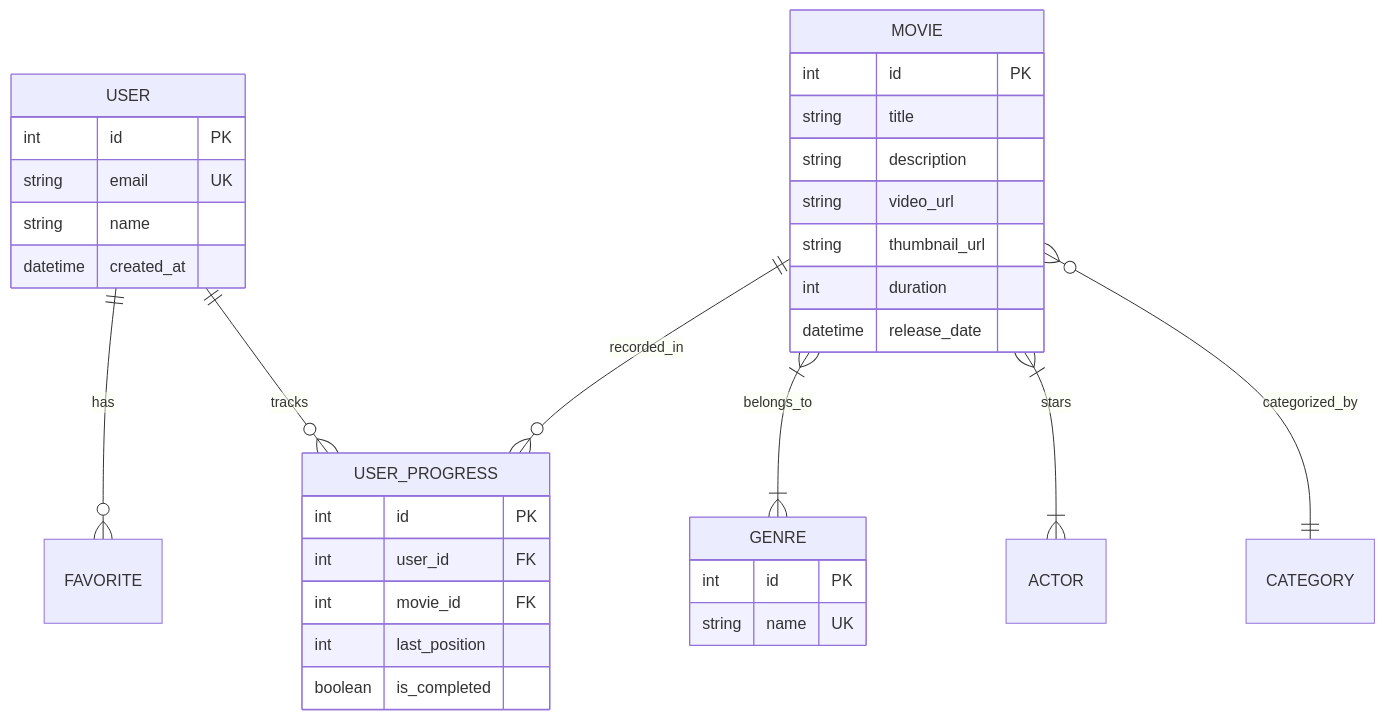
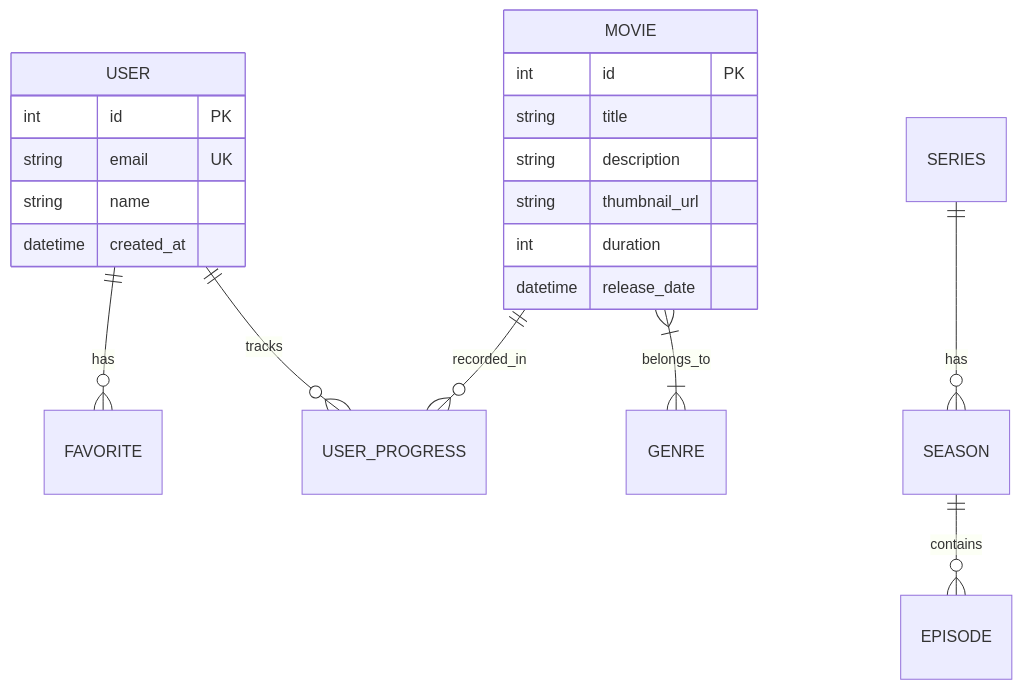
One commit to S-NOWNUM-B/web.cinema changed the diagram in docs/DATABASE.md. Above: the diagram before and after it, drawn with Mermaid. The commit also changed other lines of this file and 3 other files, not shown here.

````diff
--- a/docs/DATABASE.md
+++ b/docs/DATABASE.md
@@ -50,39 +53,25 @@
 ```mermaid
 erDiagram
     USER ||--o{ FAVORITE : has
     USER ||--o{ USER_PROGRESS : tracks
     MOVIE ||--o{ USER_PROGRESS : recorded_in
+    SERIES ||--o{ SEASON : has
+    SEASON ||--o{ EPISODE : contains
     MOVIE }|--|{ GENRE : belongs_to
-    MOVIE }|--|{ ACTOR : stars
-    MOVIE }o--|| CATEGORY : categorized_by
 
     USER {
         int id PK
         string email UK
         string name
         datetime created_at
     }
 
     MOVIE {
         int id PK
         string title
         string description
-        string video_url
         string thumbnail_url
         int duration
         datetime release_date
     }
-
-    GENRE {
-        int id PK
-        string name UK
-    }
-
-    USER_PROGRESS {
-        int id PK
-        int user_id FK
-        int movie_id FK
-        int last_position
-        boolean is_completed
-    }
 ```
````
